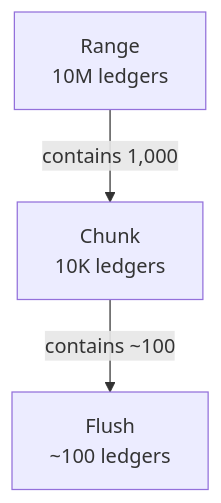
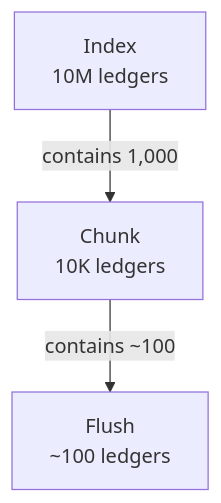
One commit to stellar/stellar-rpc changed the first of 12 diagrams in full-history/design-docs/01-architecture-overview.md. Above: the diagram before and after it, drawn with Mermaid. The commit also changed other lines of this file, not shown here.

Commit message:
docs: 01-architecture-overview — range→index sweep

````diff
--- a/full-history/design-docs/01-architecture-overview.md
+++ b/full-history/design-docs/01-architecture-overview.md
@@ -15,5 +15,5 @@
 ```mermaid
 flowchart TD
-    R["Range<br/>10M ledgers"] -->|"contains 1,000"| C["Chunk<br/>10K ledgers"]
+    R["Index<br/>10M ledgers"] -->|"contains 1,000"| C["Chunk<br/>10K ledgers"]
     C -->|"contains ~100"| F["Flush<br/>~100 ledgers"]
 ```
````
